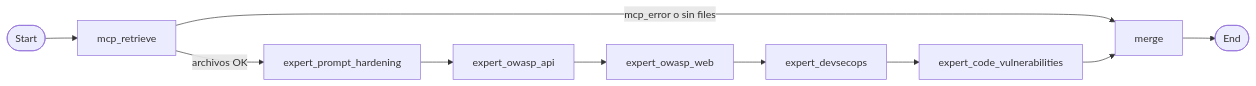
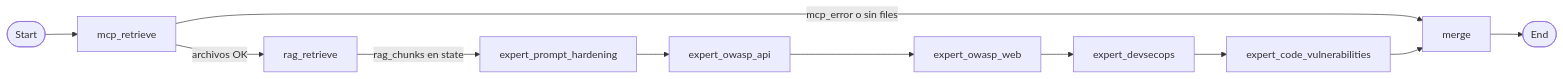
Before and after one commit to KaribuLab/titvo-dev: the second of 3 diagrams in docs/architecture.md, drawn with Mermaid. The commit also changed other lines of this file and 12 other files, not shown here.

Commit message:
feat: Integrate RAG context retrieval into agent analysis workflow, adding rag_retrieve node for vector search and enhancing expert prompts with RAG context instructions

````diff
--- a/docs/architecture.md
+++ b/docs/architecture.md
@@ -36,14 +36,16 @@
 ```mermaid
 flowchart LR
     Start([Start]) --> MCP[mcp_retrieve]
-    MCP -->|archivos OK| EH[expert_prompt_hardening]
+    MCP -->|archivos OK| RAG[rag_retrieve]
     MCP -->|mcp_error o sin files| MG[merge]
+
+    RAG -->|rag_chunks en state| EH[expert_prompt_hardening]
 
     EH --> EAPI[expert_owasp_api]
     EAPI --> EWEB[expert_owasp_web]
     EWEB --> EDO[expert_devsecops]
     EDO --> ECV[expert_code_vulnerabilities]
     ECV --> MG
     
     MG --> END([End])
 ```
````
